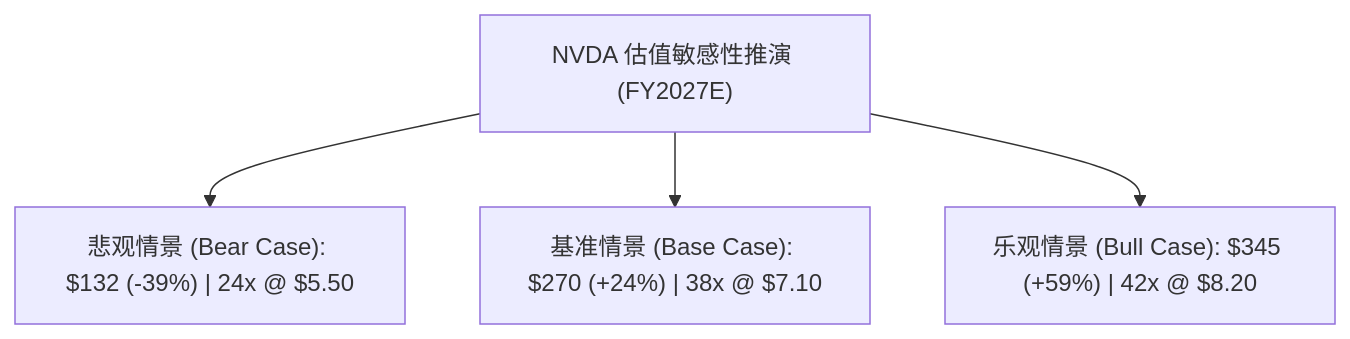
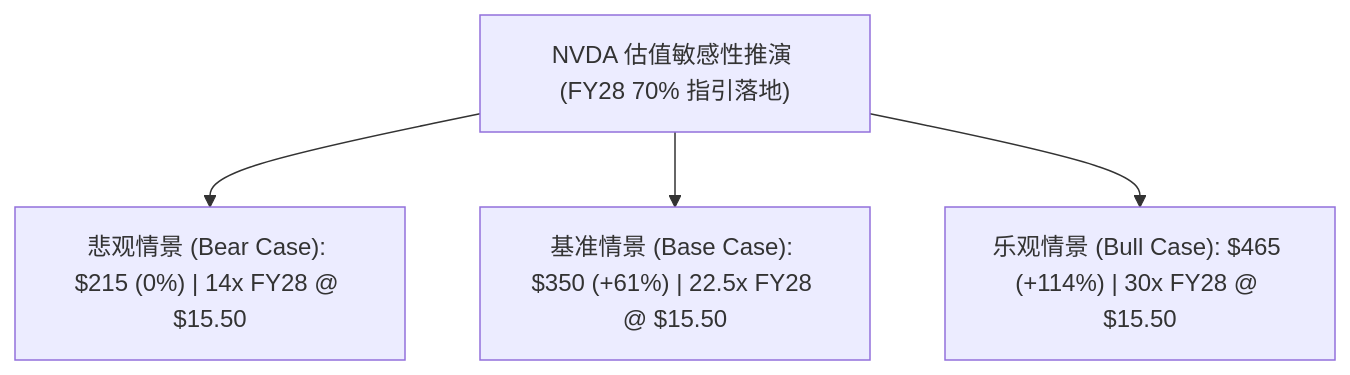
The diagram in companies/NVDA/research/valuation-dcf.md (siyi8088/investment-research), drawn with Mermaid before and after one commit. The commit also changed other lines of this file and 4 other files, not shown here.

````diff
--- a/companies/NVDA/research/valuation-dcf.md
+++ b/companies/NVDA/research/valuation-dcf.md
@@ -36,6 +44,6 @@
 ```mermaid
 graph TD
-    A["NVDA 估值敏感性推演 (FY2027E)"] --> B["悲观情景 (Bear Case): $132 (-39%) | 24x @ $5.50"]
-    A --> C["基准情景 (Base Case): $270 (+24%) | 38x @ $7.10"]
-    A --> D["乐观情景 (Bull Case): $345 (+59%) | 42x @ $8.20"]
+    A["NVDA 估值敏感性推演 (FY28 70% 指引落地)"] --> B["悲观情景 (Bear Case): $215 (0%) | 14x FY28 @ $15.50"]
+    A --> C["基准情景 (Base Case): $350 (+61%) | 22.5x FY28 @ $15.50"]
+    A --> D["乐观情景 (Bull Case): $465 (+114%) | 30x FY28 @ $15.50"]
 ```
````
